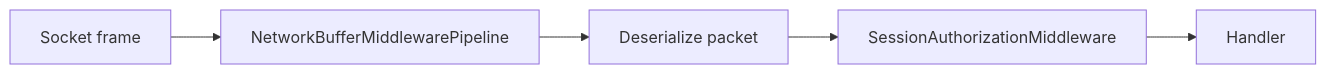
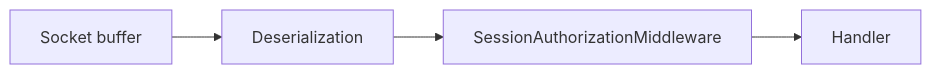
The diagram in docs/guides/extensibility/custom-middleware.md (ppn-systems/Nalix), drawn with Mermaid before and after one commit. The commit also changed other lines of this file and 26 other files, not shown here.

First line of the commit message:
Remove network buffer middleware pipeline and refactor

````diff
--- a/docs/guides/extensibility/custom-middleware.md
+++ b/docs/guides/extensibility/custom-middleware.md
@@ -174,7 +129,6 @@
 ```mermaid
 flowchart LR
-    A["Socket frame"] --> B["NetworkBufferMiddlewarePipeline"]
-    B --> C["Deserialize packet"]
-    C --> D["SessionAuthorizationMiddleware"]
-    D --> E["Handler"]
+    A["Socket buffer"] --> B["Deserialization"]
+    B --> C["SessionAuthorizationMiddleware"]
+    C --> D["Handler"]
 ```
````
